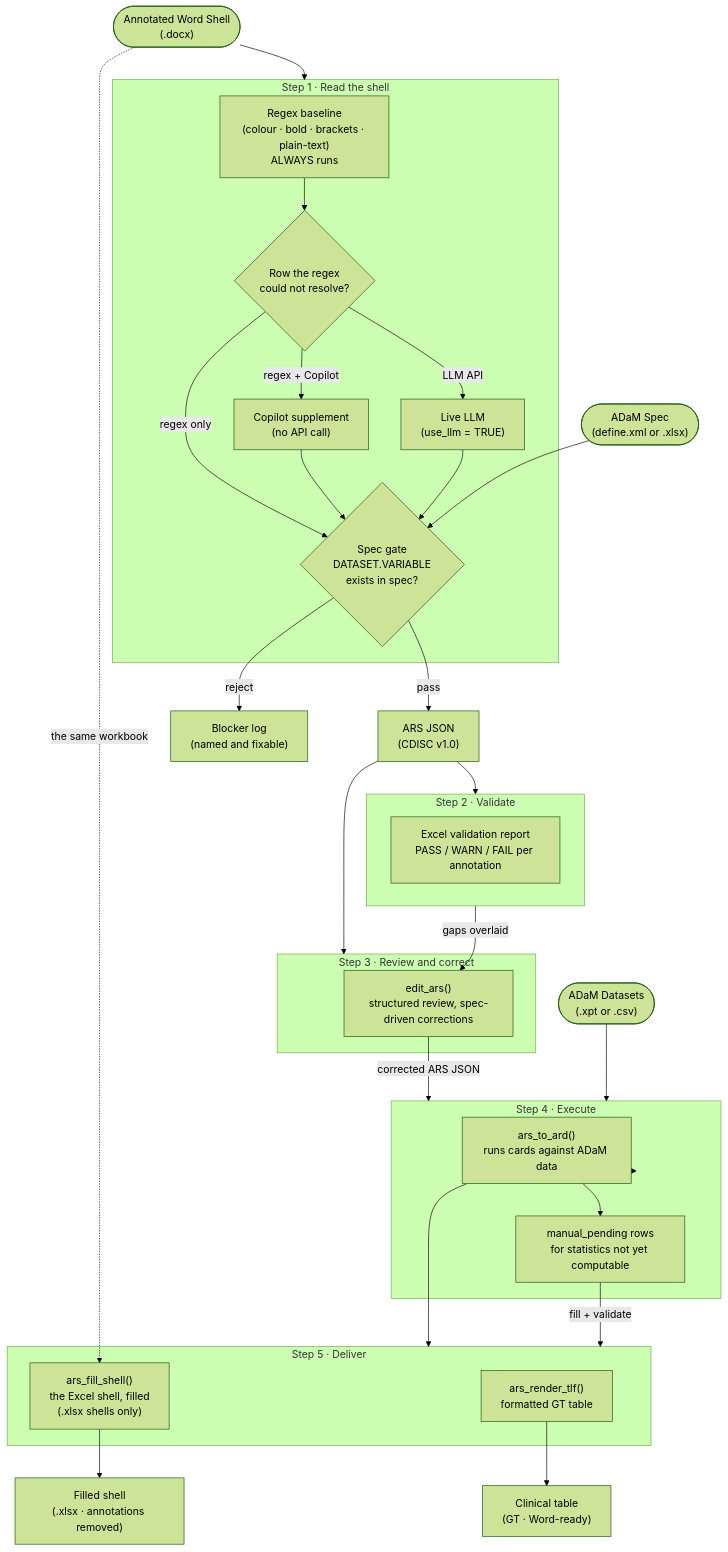
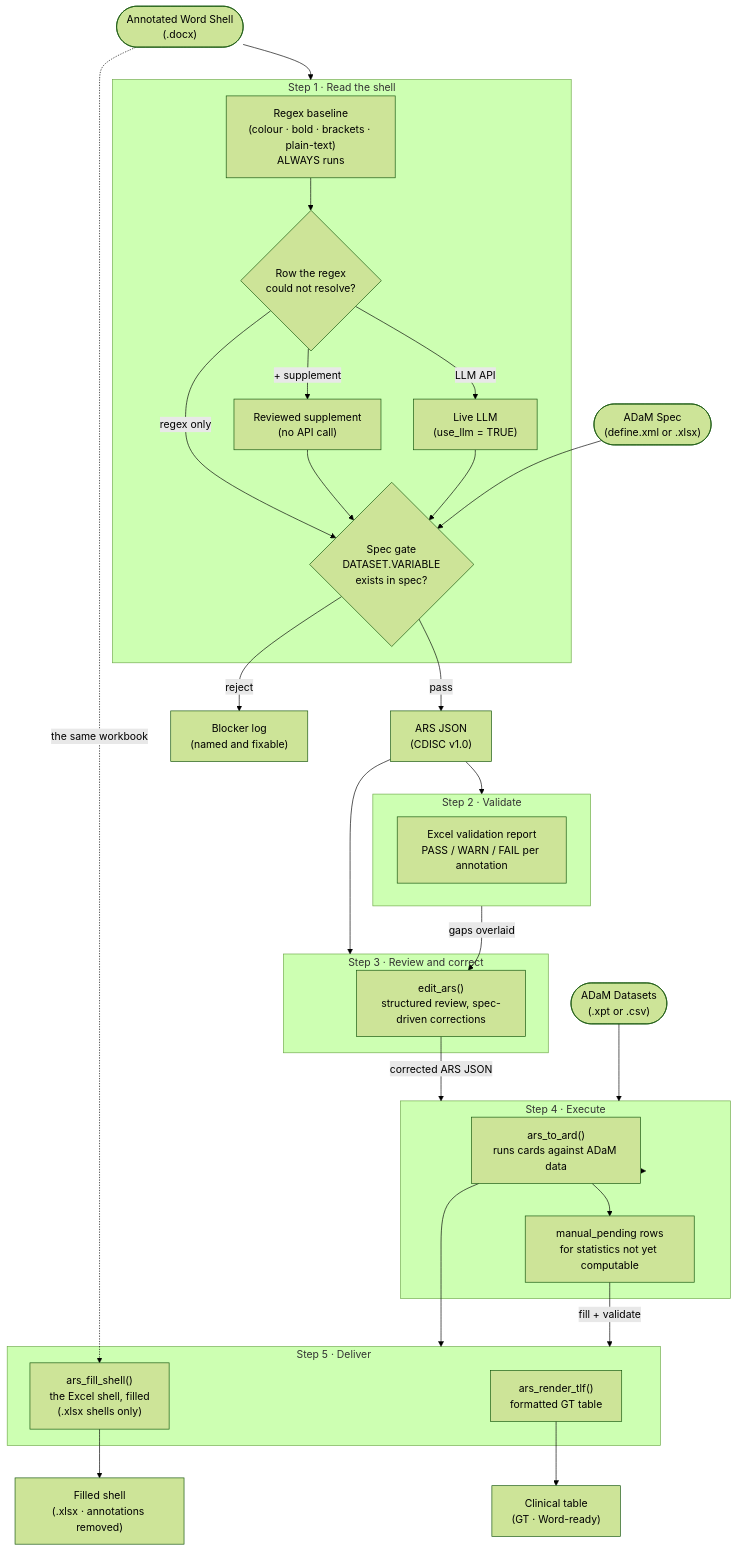
One commit to tavakohr/arsbridge changed the first of 2 diagrams in README.Rmd. Above: the diagram before and after it, drawn with Mermaid (forest theme). The commit also changed other lines of this file and 7 other files, not shown here.

````diff
--- a/README.Rmd
+++ b/README.Rmd
@@ -53,53 +53,53 @@
 ```mermaid
 flowchart TD
     SHELL(["Annotated Word Shell\n(.docx)"])
     SPEC(["ADaM Spec\n(define.xml or .xlsx)"])
     ADAM(["ADaM Datasets\n(.xpt or .csv)"])
 
     subgraph STEP1 ["Step 1 · Read the shell"]
         R["Regex baseline\n(colour · bold · brackets · plain-text)\nALWAYS runs"]
         F{"Row the regex\ncould not resolve?"}
-        C["Copilot supplement\n(no API call)"]
+        C["Reviewed supplement\n(no API call)"]
         L["Live LLM\n(use_llm = TRUE)"]
         G{"Spec gate\nDATASET.VARIABLE\nexists in spec?"}
         R --> F
         F -->|"regex only"| G
-        F -->|"regex + Copilot"| C --> G
+        F -->|"+ supplement"| C --> G
         F -->|"LLM API"| L --> G
     end
 
     subgraph STEP2 ["Step 2 · Validate"]
         V["Excel validation report\nPASS / WARN / FAIL per annotation"]
     end
 
     subgraph STEP3 ["Step 3 · Review and correct"]
         RV["edit_ars()\nstructured review, spec-driven corrections"]
     end
 
     subgraph STEP4 ["Step 4 · Execute"]
         E["ars_to_ard()\nruns cards against ADaM data"]
         MP["manual_pending rows\nfor statistics not yet computable"]
     end
 
     subgraph STEP5 ["Step 5 · Deliver"]
         T["ars_render_tlf()\nformatted GT table"]
         FS["ars_fill_shell()\nthe Excel shell, filled\n(.xlsx shells only)"]
     end
 
     SHELL --> STEP1
     SPEC --> G
     G -->|"pass"| ARS["ARS JSON\n(CDISC v1.0)"]
     G -->|"reject"| BLK["Blocker log\n(named and fixable)"]
     ARS --> STEP2
     ARS --> STEP3
     STEP2 -->|"gaps overlaid"| RV
     RV -->|"corrected ARS JSON"| STEP4
     ADAM --> STEP4
     STEP4 --> E
     E --> MP
     E --> STEP5
     MP -->|"fill + validate"| STEP5
     T --> TLF["Clinical table\n(GT · Word-ready)"]
     SHELL -.->|"the same workbook"| FS
     FS --> XL["Filled shell\n(.xlsx · annotations removed)"]
 ```
````
